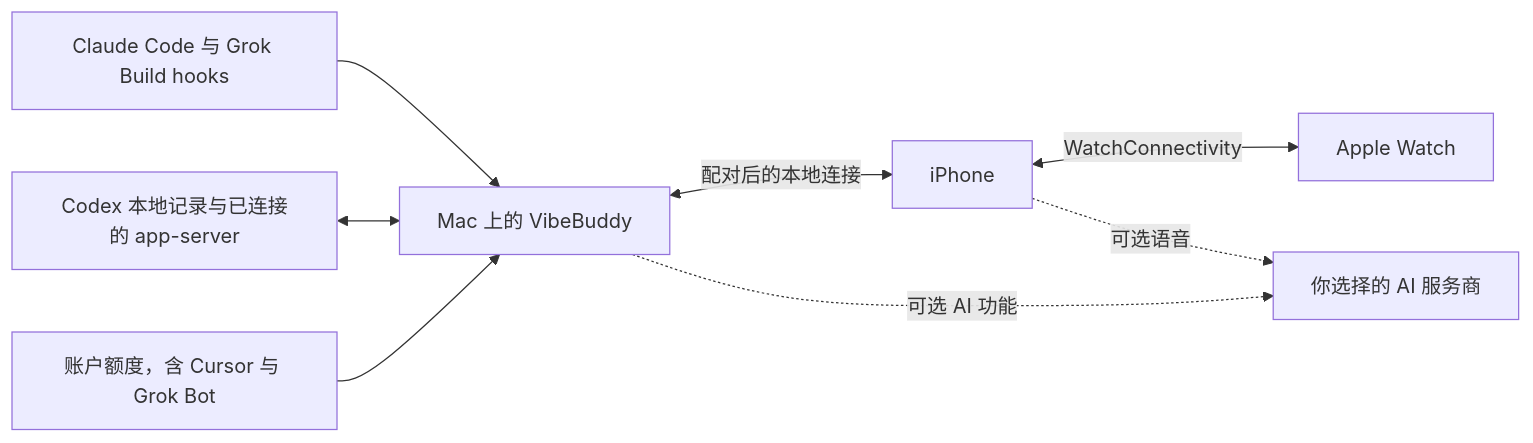
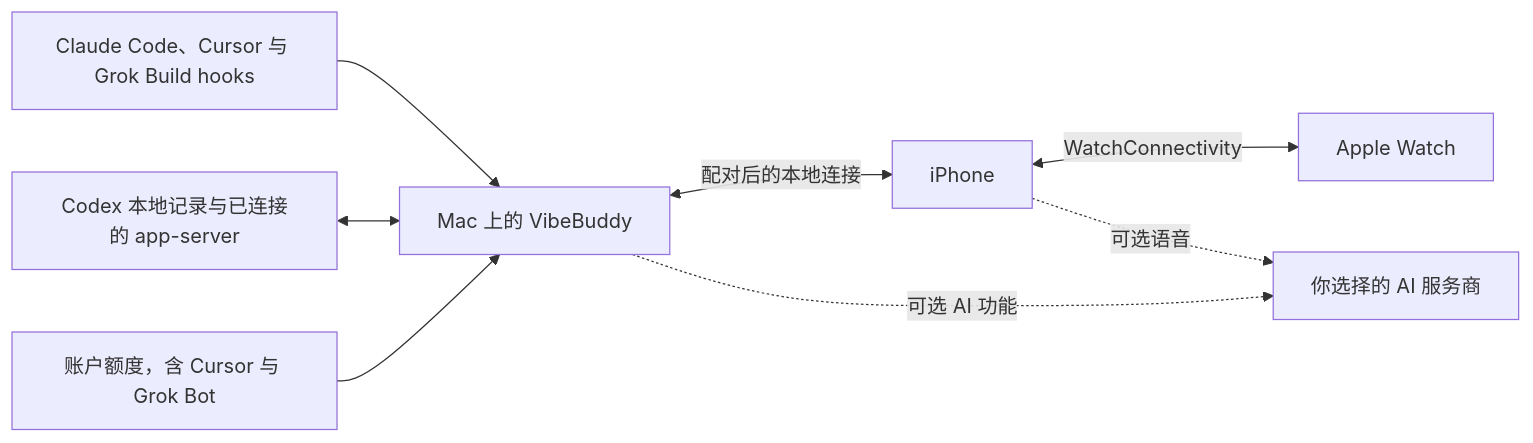
One commit to semantic-craft/iOS-vibebuddy changed the diagram in README.zh-CN.md. Above: the diagram before and after it, drawn with Mermaid. The commit also changed other lines of this file and 1 other file, not shown here.

````diff
--- a/README.zh-CN.md
+++ b/README.zh-CN.md
@@ -109,10 +106,10 @@
 ```mermaid
 flowchart LR
-    A[Claude Code 与 Grok Build hooks] --> M[Mac 上的 VibeBuddy]
+    A[Claude Code、Cursor 与 Grok Build hooks] --> M[Mac 上的 VibeBuddy]
     C[Codex 本地记录与已连接的 app-server] <--> M
     U[账户额度，含 Cursor 与 Grok Bot] --> M
     M <-->|配对后的本地连接| P[iPhone]
     P <-->|WatchConnectivity| W[Apple Watch]
     M -. 可选 AI 功能 .-> V[你选择的 AI 服务商]
     P -. 可选语音 .-> V
 ```
````
